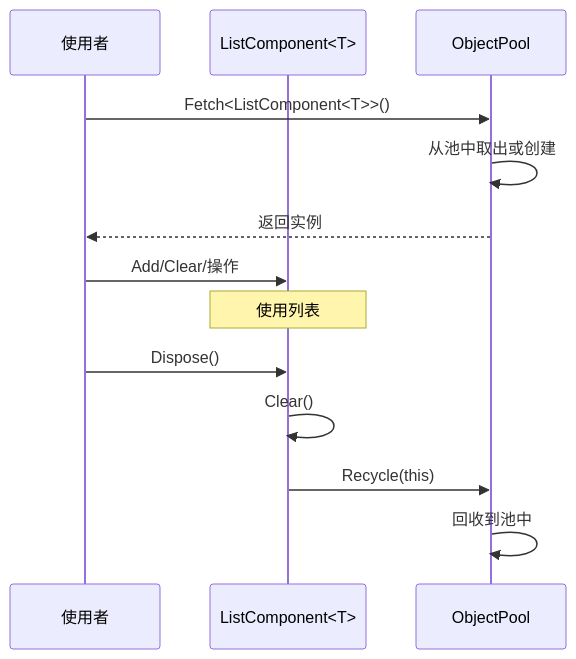
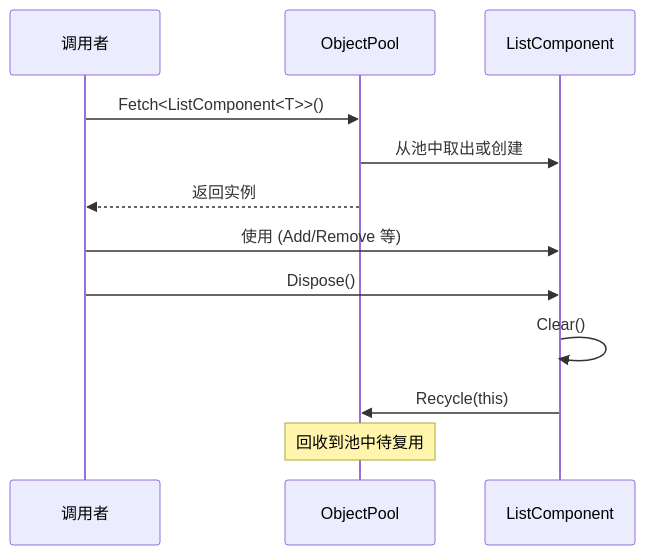
The diagram in Assets/Scripts/Mono/Core/Object/ListComponent.cs.md (acsta/Container), drawn with Mermaid before and after one commit. The commit also changed other lines of this file and 9 other files, not shown here.

````diff
--- a/Assets/Scripts/Mono/Core/Object/ListComponent.cs.md
+++ b/Assets/Scripts/Mono/Core/Object/ListComponent.cs.md
@@ -136,18 +112,17 @@
 ```mermaid
 sequenceDiagram
-    participant User as 使用者
-    participant LC as ListComponent<T>
+    participant Caller as 调用者
     participant OP as ObjectPool
+    participant LC as ListComponent
+
+    Caller->>OP: Fetch<ListComponent<T>>()
+    OP->>LC: 从池中取出或创建
+    OP-->>Caller: 返回实例
     
-    User->>OP: Fetch<ListComponent<T>>()
-    OP->>OP: 从池中取出或创建
-    OP-->>User: 返回实例
+    Caller->>LC: 使用 (Add/Remove 等)
     
-    User->>LC: Add/Clear/操作
-    Note over LC: 使用列表
-    
-    User->>LC: Dispose()
+    Caller->>LC: Dispose()
     LC->>LC: Clear()
     LC->>OP: Recycle(this)
-    OP->>OP: 回收到池中
+    Note over OP: 回收到池中待复用
 ```
````
